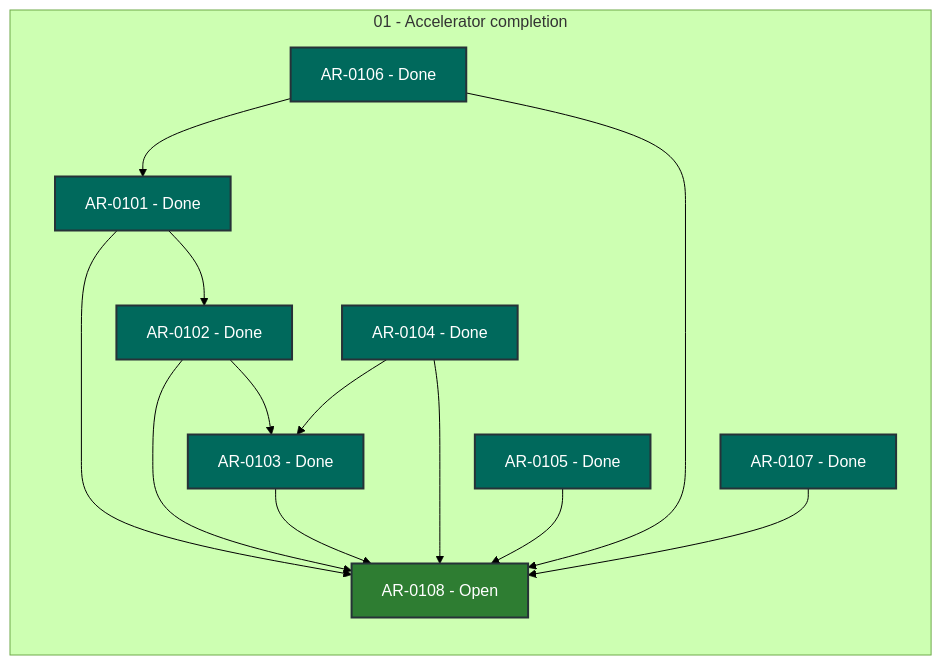
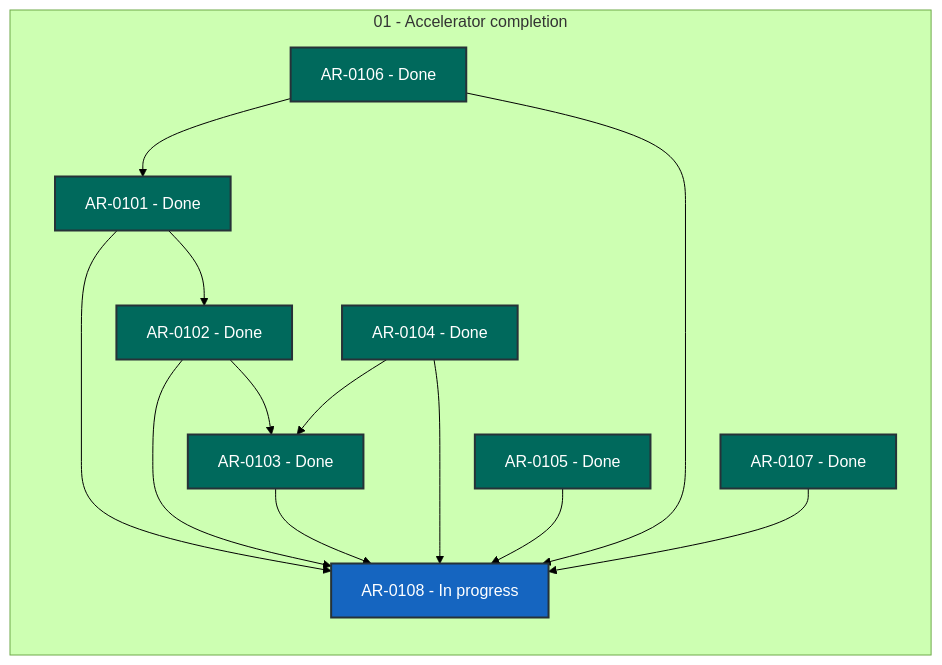
The diagram in coordination/STATUS.md (locutus3009/exgame), drawn with Mermaid (forest theme) before and after one commit. The commit also changed other lines of this file and 2 other files, not shown here.

````diff
--- a/coordination/STATUS.md
+++ b/coordination/STATUS.md
@@ -28,34 +28,34 @@
 ```mermaid
 flowchart LR
     subgraph series_01["01 - Accelerator completion"]
         direction TB
         AR_0101["AR-0101 - Done"]:::status_done
         AR_0102["AR-0102 - Done"]:::status_done
         AR_0103["AR-0103 - Done"]:::status_done
         AR_0104["AR-0104 - Done"]:::status_done
         AR_0105["AR-0105 - Done"]:::status_done
         AR_0106["AR-0106 - Done"]:::status_done
         AR_0107["AR-0107 - Done"]:::status_done
-        AR_0108["AR-0108 - Open"]:::status_open
+        AR_0108["AR-0108 - In progress"]:::status_in_progress
     end
     AR_0101 --> AR_0102
     AR_0101 --> AR_0108
     AR_0102 --> AR_0103
     AR_0102 --> AR_0108
     AR_0103 --> AR_0108
     AR_0104 --> AR_0103
     AR_0104 --> AR_0108
     AR_0105 --> AR_0108
     AR_0106 --> AR_0101
     AR_0106 --> AR_0108
     AR_0107 --> AR_0108
     classDef status_in_progress fill:#1565c0,color:#ffffff,stroke:#263238,stroke-width:2px
     classDef status_in_review fill:#ad1457,color:#ffffff,stroke:#263238,stroke-width:2px
     classDef status_open fill:#2e7d32,color:#ffffff,stroke:#263238,stroke-width:2px
     classDef status_blocked fill:#c62828,color:#ffffff,stroke:#263238,stroke-width:2px
     classDef status_planned fill:#6a1b9a,color:#ffffff,stroke:#263238,stroke-width:2px
     classDef status_future fill:#455a64,color:#ffffff,stroke:#263238,stroke-width:2px
     classDef status_done fill:#00695c,color:#ffffff,stroke:#263238,stroke-width:2px
     classDef status_cancelled fill:#616161,color:#ffffff,stroke:#263238,stroke-width:2px
     classDef status_superseded fill:#5d4037,color:#ffffff,stroke:#263238,stroke-width:2px
 ```
````
